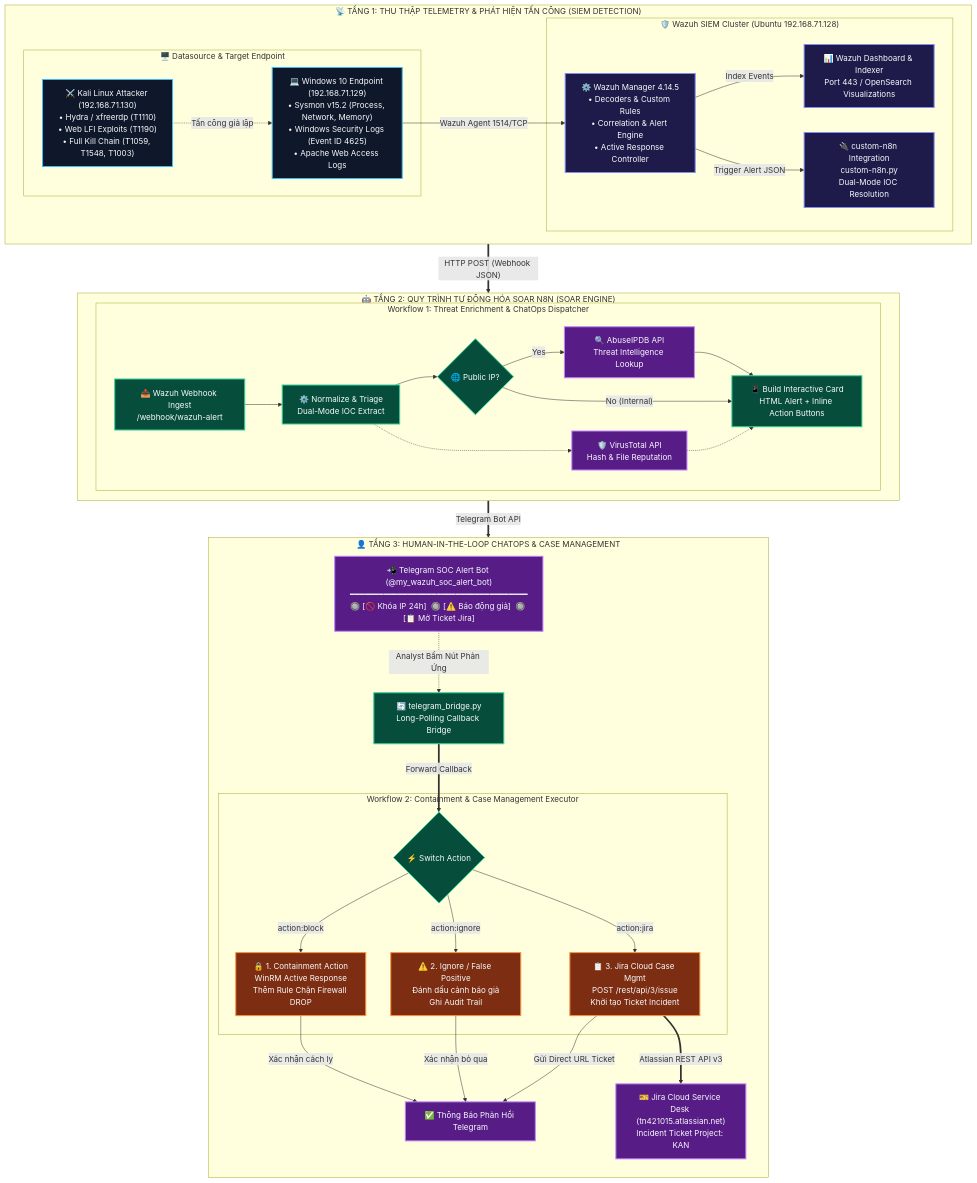
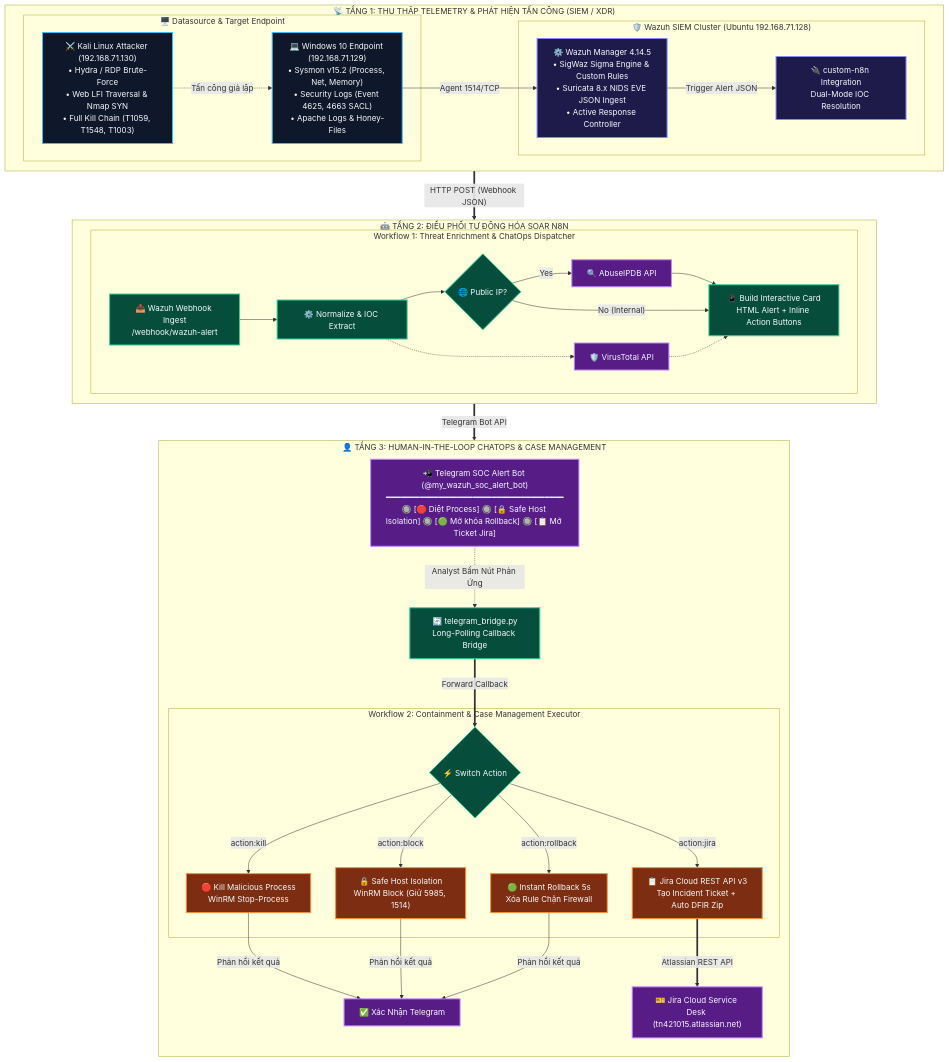
One commit to tofan0810/Wazuh-SOC-lab changed the diagram in README.md. Above: the diagram before and after it, drawn with Mermaid. The commit also changed other lines of this file and 25 other files, not shown here.

Commit message:
docs: streamline README showcase, expand 6 SOP playbooks, add folder READMEs and architecture vector SVG

````diff
--- a/README.md
+++ b/README.md
@@ -29,73 +66,70 @@
 ```mermaid
 flowchart TD
     classDef endpoint fill:#0f172a,stroke:#38bdf8,stroke-width:2px,color:#f8fafc;
     classDef siem fill:#1e1b4b,stroke:#818cf8,stroke-width:2px,color:#f8fafc;
     classDef soar fill:#064e3b,stroke:#34d399,stroke-width:2px,color:#f8fafc;
     classDef cloud fill:#581c87,stroke:#c084fc,stroke-width:2px,color:#f8fafc;
     classDef action fill:#7c2d12,stroke:#fb923c,stroke-width:2px,color:#f8fafc;
 
-    subgraph INGEST ["📡 TẦNG 1: THU THẬP TELEMETRY & PHÁT HIỆN TẤN CÔNG (SIEM DETECTION)"]
+    subgraph INGEST ["📡 TẦNG 1: THU THẬP TELEMETRY & PHÁT HIỆN TẤN CÔNG (SIEM / XDR)"]
         direction LR
         subgraph SOURCES ["🖥️ Datasource & Target Endpoint"]
-            WIN["💻 Windows 10 Endpoint (192.168.71.129)<br/>• Sysmon v15.2 (Process, Network, Memory)<br/>• Windows Security Logs (Event ID 4625)<br/>• Apache Web Access Logs"]:::endpoint
-            KALI["⚔️ Kali Linux Attacker (192.168.71.130)<br/>• Hydra / xfreerdp (T1110)<br/>• Web LFI Exploits (T1190)<br/>• Full Kill Chain (T1059, T1548, T1003)"]:::endpoint
+            WIN["💻 Windows 10 Endpoint (192.168.71.129)<br/>• Sysmon v15.2 (Process, Net, Memory)<br/>• Security Logs (Event 4625, 4663 SACL)<br/>• Apache Logs & Honey-Files"]:::endpoint
+            KALI["⚔️ Kali Linux Attacker (192.168.71.130)<br/>• Hydra / RDP Brute-Force<br/>• Web LFI Traversal & Nmap SYN<br/>• Full Kill Chain (T1059, T1548, T1003)"]:::endpoint
             KALI -.->|"Tấn công giả lập"| WIN
         end
 
         subgraph WAZUH_CLUSTER ["🛡️ Wazuh SIEM Cluster (Ubuntu 192.168.71.128)"]
-            MGR["⚙️ Wazuh Manager 4.14.5<br/>• Decoders & Custom Rules<br/>• Correlation & Alert Engine<br/>• Active Response Controller"]:::siem
-            INTEG["🔌 custom-n8n Integration<br/>custom-n8n.py<br/>Dual-Mode IOC Resolution"]:::siem
-            DASH["📊 Wazuh Dashboard & Indexer<br/>Port 443 / OpenSearch Visualizations"]:::siem
-            WIN -->|"Wazuh Agent 1514/TCP"| MGR
-            MGR -->|"Index Events"| DASH
+            MGR["⚙️ Wazuh Manager 4.14.5<br/>• SigWaz Sigma Engine & Custom Rules<br/>• Suricata 8.x NIDS EVE JSON Ingest<br/>• Active Response Controller"]:::siem
+            INTEG["🔌 custom-n8n Integration<br/>Dual-Mode IOC Resolution"]:::siem
+            WIN -->|"Agent 1514/TCP"| MGR
             MGR -->|"Trigger Alert JSON"| INTEG
         end
     end
 
     INTEG ==>|"HTTP POST (Webhook JSON)"| WF1
 
-    subgraph PIPELINE ["🤖 TẦNG 2: QUY TRÌNH TỰ ĐỘNG HÓA SOAR N8N (SOAR ENGINE)"]
+    subgraph PIPELINE ["🤖 TẦNG 2: ĐIỀU PHỐI TỰ ĐỘNG HÓA SOAR N8N"]
         direction LR
         subgraph WF_ENRICH ["Workflow 1: Threat Enrichment & ChatOps Dispatcher"]
             WF1["📥 Wazuh Webhook Ingest<br/>/webhook/wazuh-alert"]:::soar
-            PARSE["⚙️ Normalize & Triage<br/>Dual-Mode IOC Extract"]:::soar
+            PARSE["⚙️ Normalize & IOC Extract"]:::soar
             TI_CHECK{"🌐 Public IP?"}:::soar
-            ABUSE["🔍 AbuseIPDB API<br/>Threat Intelligence Lookup"]:::cloud
-            VT["🛡️ VirusTotal API<br/>Hash & File Reputation"]:::cloud
+            ABUSE["🔍 AbuseIPDB API"]:::cloud
+            VT["🛡️ VirusTotal API"]:::cloud
             CARD["📱 Build Interactive Card<br/>HTML Alert + Inline Action Buttons"]:::soar
 
             WF1 --> PARSE --> TI_CHECK
             TI_CHECK -- "Yes" --> ABUSE --> CARD
             TI_CHECK -- "No (Internal)" --> CARD
             PARSE -.-> VT -.-> CARD
         end
     end
 
     CARD ==>|"Telegram Bot API"| TG_ALERT
 
     subgraph CHATOPS ["👤 TẦNG 3: HUMAN-IN-THE-LOOP CHATOPS & CASE MANAGEMENT"]
         direction TB
-        TG_ALERT["📲 Telegram SOC Alert Bot (@my_wazuh_soc_alert_bot)<br/>━━━━━━━━━━━━━━━━━━━━━━━━━━━━━━━━━━━━━<br/>🔘 [🚫 Khóa IP 24h]  🔘 [⚠️ Báo động giả]  🔘 [📋 Mở Ticket Jira]"]:::cloud
+        TG_ALERT["📲 Telegram SOC Alert Bot (@my_wazuh_soc_alert_bot)<br/>━━━━━━━━━━━━━━━━━━━━━━━━━━━━━━━━━━━━━<br/>🔘 [🛑 Diệt Process] 🔘 [🔒 Safe Host Isolation] 🔘 [🟢 Mở khóa Rollback] 🔘 [📋 Mở Ticket Jira]"]:::cloud
 
         BRIDGE["🔄 telegram_bridge.py<br/>Long-Polling Callback Bridge"]:::soar
         TG_ALERT -.->|"Analyst Bấm Nút Phản Ứng"| BRIDGE
         BRIDGE ==>|"Forward Callback"| SWITCH
 
         subgraph ACTIONS ["Workflow 2: Containment & Case Management Executor"]
             SWITCH{"⚡ Switch Action"}:::soar
-            
-            ACT_BLOCK["🔒 1. Containment Action<br/>WinRM Active Response<br/>Thêm Rule Chặn Firewall DROP"]:::action
-            ACT_IGNORE["⚠️ 2. Ignore / False Positive<br/>Đánh dấu cảnh báo giả<br/>Ghi Audit Trail"]:::action
-            ACT_JIRA["📋 3. Jira Cloud Case Mgmt<br/>POST /rest/api/3/issue<br/>Khởi tạo Ticket Incident"]:::action
+            ACT_KILL["🛑 Kill Malicious Process<br/>WinRM Stop-Process"]:::action
+            ACT_BLOCK["🔒 Safe Host Isolation<br/>WinRM Block (Giữ 5985, 1514)"]:::action
+            ACT_ROLLBACK["🟢 Instant Rollback 5s<br/>Xóa Rule Chặn Firewall"]:::action
+            ACT_JIRA["📋 Jira Cloud REST API v3<br/>Tạo Incident Ticket + Auto DFIR Zip"]:::action
 
+            SWITCH -- "action:kill" --> ACT_KILL
             SWITCH -- "action:block" --> ACT_BLOCK
-            SWITCH -- "action:ignore" --> ACT_IGNORE
+            SWITCH -- "action:rollback" --> ACT_ROLLBACK
             SWITCH -- "action:jira" --> ACT_JIRA
         end
 
-        ACT_BLOCK -->|"Xác nhận cách ly"| TG_CONFIRM["✅ Thông Báo Phản Hồi Telegram"]:::cloud
-        ACT_IGNORE -->|"Xác nhận bỏ qua"| TG_CONFIRM
-        ACT_JIRA -->|"Gửi Direct URL Ticket"| TG_CONFIRM
-        ACT_JIRA ==>|"Atlassian REST API v3"| JIRA_BOARD["🎫 Jira Cloud Service Desk (tn421015.atlassian.net)<br/>Incident Ticket Project: KAN"]:::cloud
+        ACT_KILL & ACT_BLOCK & ACT_ROLLBACK -->|"Phản hồi kết quả"| TG_CONFIRM["✅ Xác Nhận Telegram"]:::cloud
+        ACT_JIRA ==>|"Atlassian REST API"| JIRA_BOARD["🎫 Jira Cloud Service Desk (tn421015.atlassian.net)"]:::cloud
     end
 ```
````
